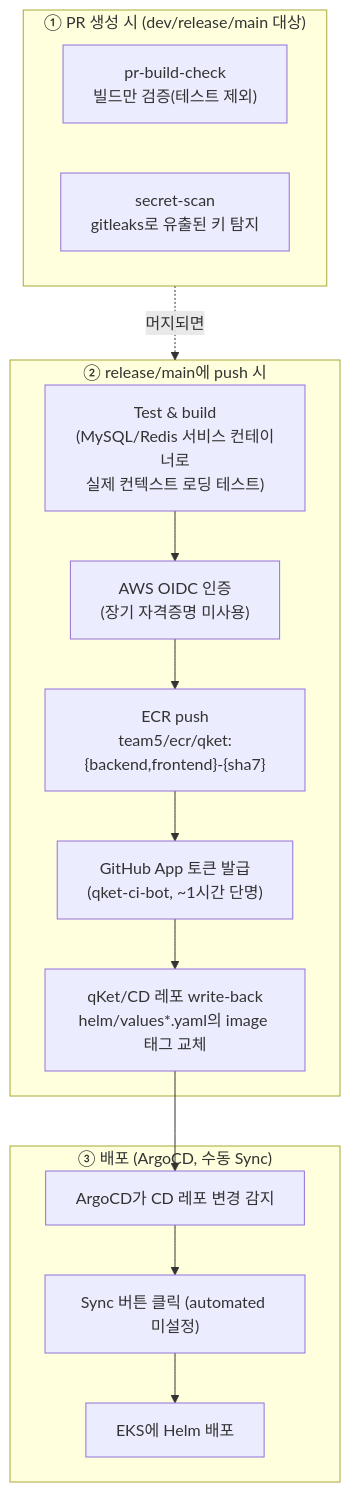
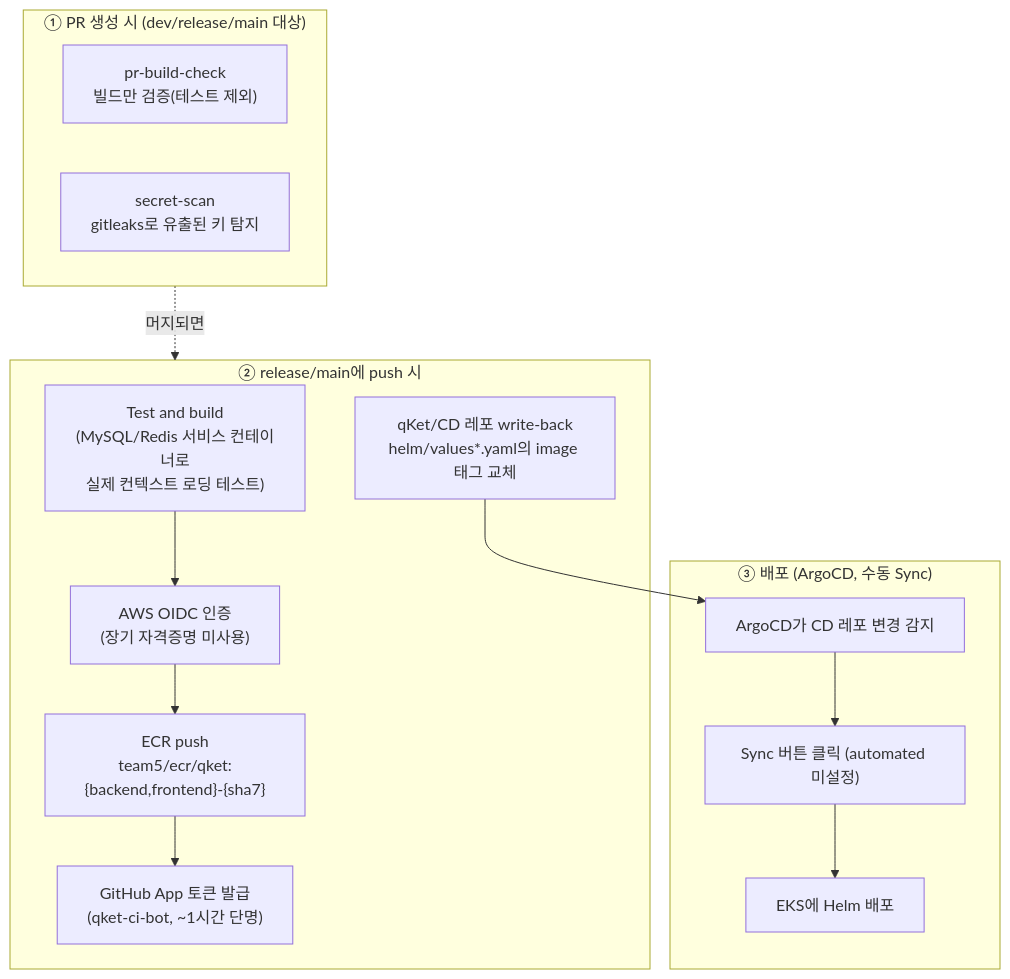
Before and after one commit to qKet/docs: the diagram in CICD_파이프라인.md, drawn with Mermaid.

Commit message:
문서 수정

````diff
--- a/CICD_파이프라인.md
+++ b/CICD_파이프라인.md
@@ -9,26 +9,26 @@
 ```mermaid
 flowchart TD
     subgraph PR["① PR 생성 시 (dev/release/main 대상)"]
         PR1["pr-build-check<br/>빌드만 검증(테스트 제외)"]
         PR2["secret-scan<br/>gitleaks로 유출된 키 탐지"]
     end
 
     subgraph BUILD["② release/main에 push 시"]
-        B1["Test & build<br/>(MySQL/Redis 서비스 컨테이너로<br/>실제 컨텍스트 로딩 테스트)"]
+        B1["Test and build<br/>(MySQL/Redis 서비스 컨테이너로<br/>실제 컨텍스트 로딩 테스트)"]
         B2["AWS OIDC 인증<br/>(장기 자격증명 미사용)"]
         B3["ECR push<br/>team5/ecr/qket:{backend,frontend}-{sha7}"]
         B4["GitHub App 토큰 발급<br/>(qket-ci-bot, ~1시간 단명)"]
         B5["qKet/CD 레포 write-back<br/>helm/values*.yaml의 image 태그 교체"]
-        B1 --> B2 --> B3 --> B4 --> B5
+        B1 --> B2 --> B3 --> B4
     end
 
     subgraph CD["③ 배포 (ArgoCD, 수동 Sync)"]
         C1["ArgoCD가 CD 레포 변경 감지"]
         C2["Sync 버튼 클릭 (automated 미설정)"]
         C3["EKS에 Helm 배포"]
         C1 --> C2 --> C3
     end
 
     PR -.머지되면.-> BUILD
     B5 --> C1
 ```
````
